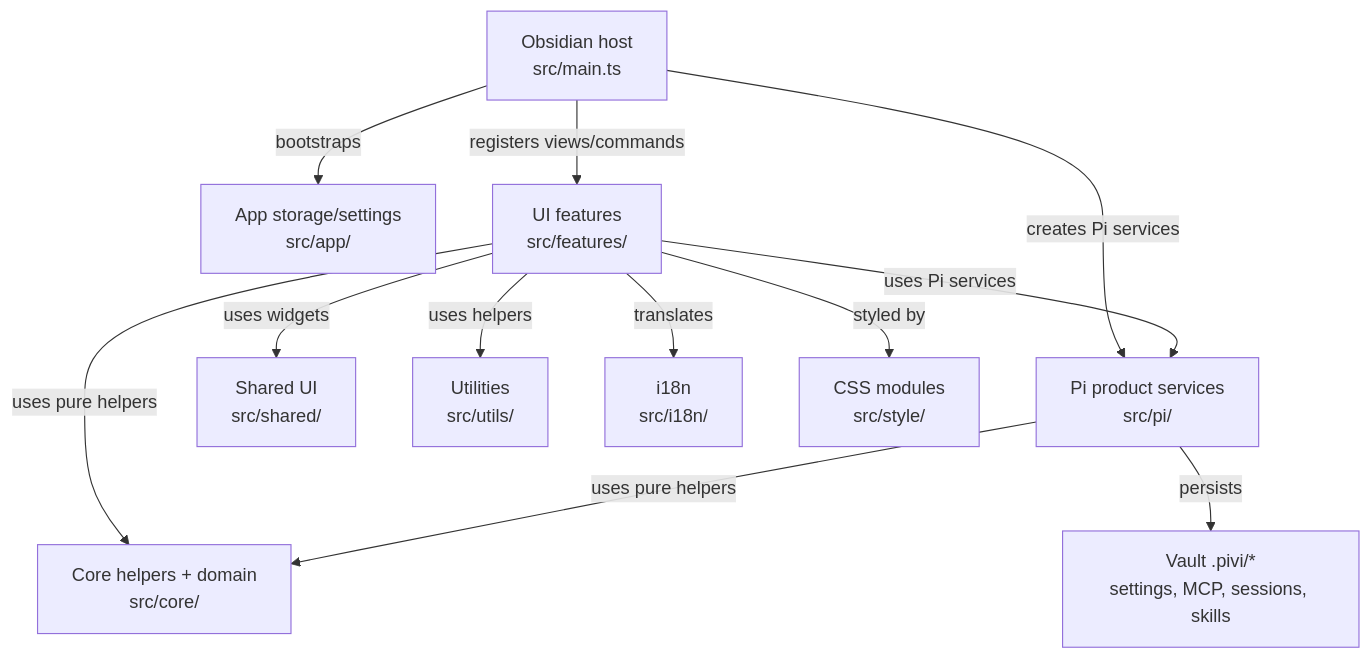
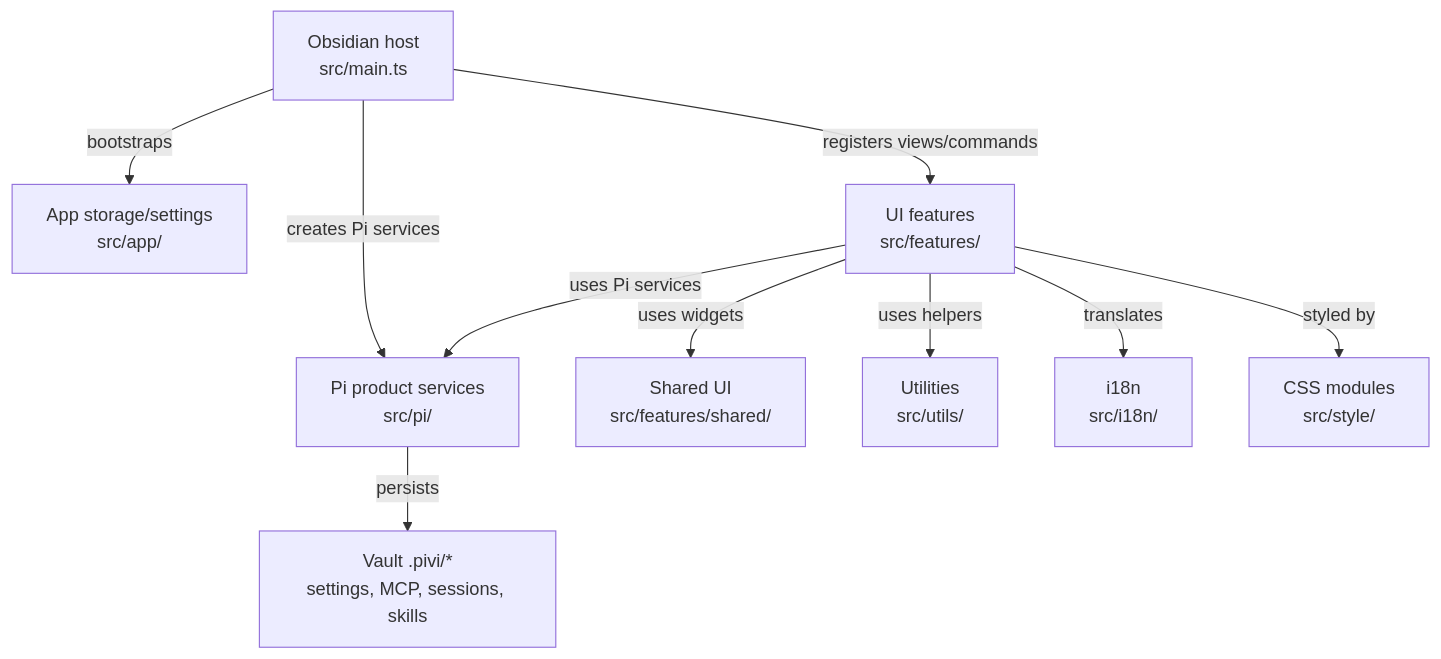
Before and after one commit to shuuul/obsidian-pivi: the first of 2 diagrams in AGENTS.md, drawn with Mermaid. The commit also changed other lines of this file and 348 other files, not shown here.

First line of the commit message:
refactor(arch): eliminate core/ layer, merge shared/ into features/, split utils/ domain logic

````diff
--- a/AGENTS.md
+++ b/AGENTS.md
@@ -82,14 +82,12 @@
 ```mermaid
 flowchart TD
   Host["Obsidian host<br/>src/main.ts"] -- "bootstraps" --> App["App storage/settings<br/>src/app/"]
   Host -- "registers views/commands" --> Features["UI features<br/>src/features/"]
   Host -- "creates Pi services" --> Pi["Pi product services<br/>src/pi/"]
   Features -- "uses Pi services" --> Pi
-  Features -- "uses pure helpers" --> Core["Core helpers + domain<br/>src/core/"]
-  Pi -- "uses pure helpers" --> Core
   Pi -- "persists" --> Vault["Vault .pivi/*<br/>settings, MCP, sessions, skills"]
-  Features -- "uses widgets" --> Shared["Shared UI<br/>src/shared/"]
+  Features -- "uses widgets" --> Shared["Shared UI<br/>src/features/shared/"]
   Features -- "uses helpers" --> Utils["Utilities<br/>src/utils/"]
   Features -- "translates" --> I18n["i18n<br/>src/i18n/"]
   Features -- "styled by" --> Style["CSS modules<br/>src/style/"]
 ```
````
